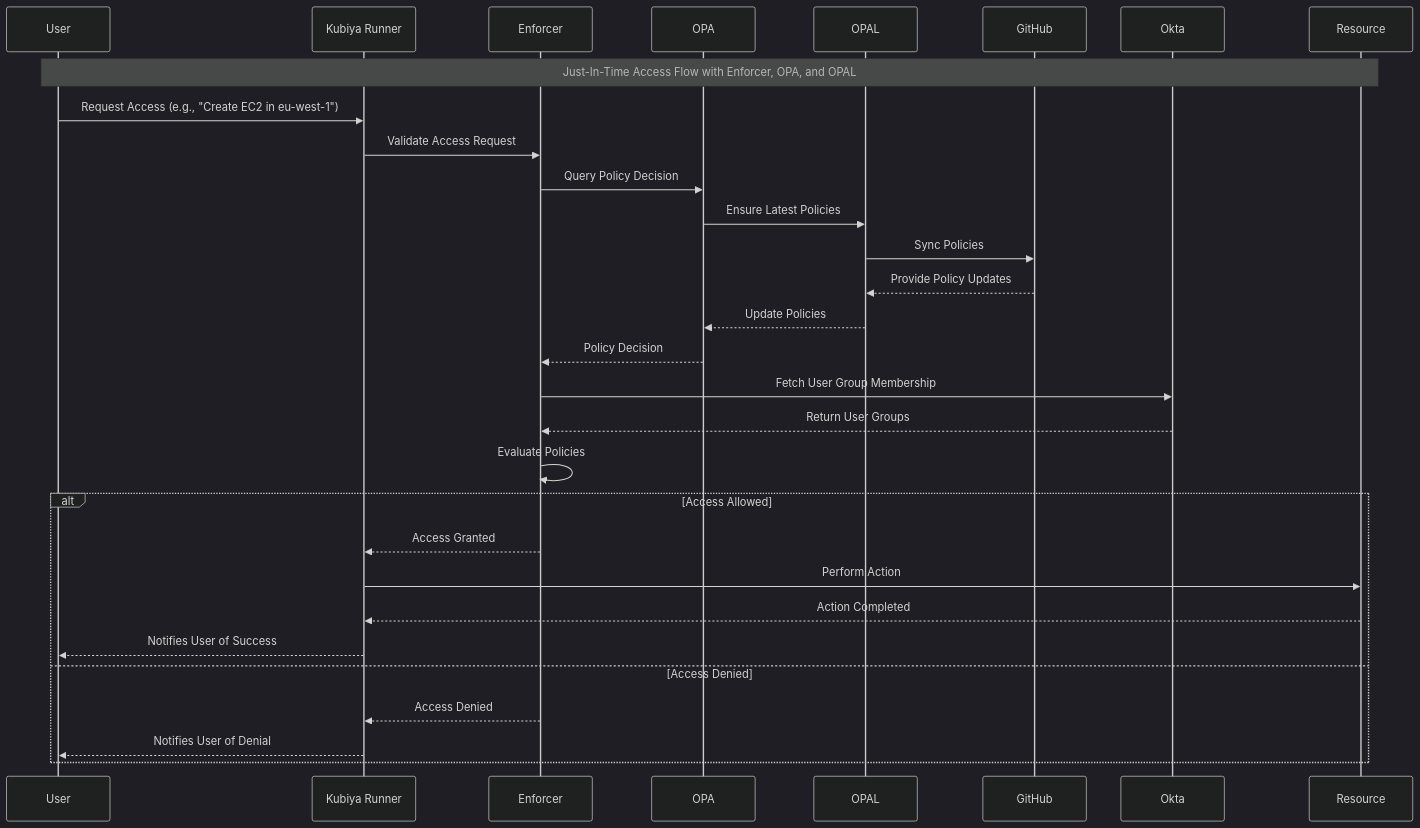
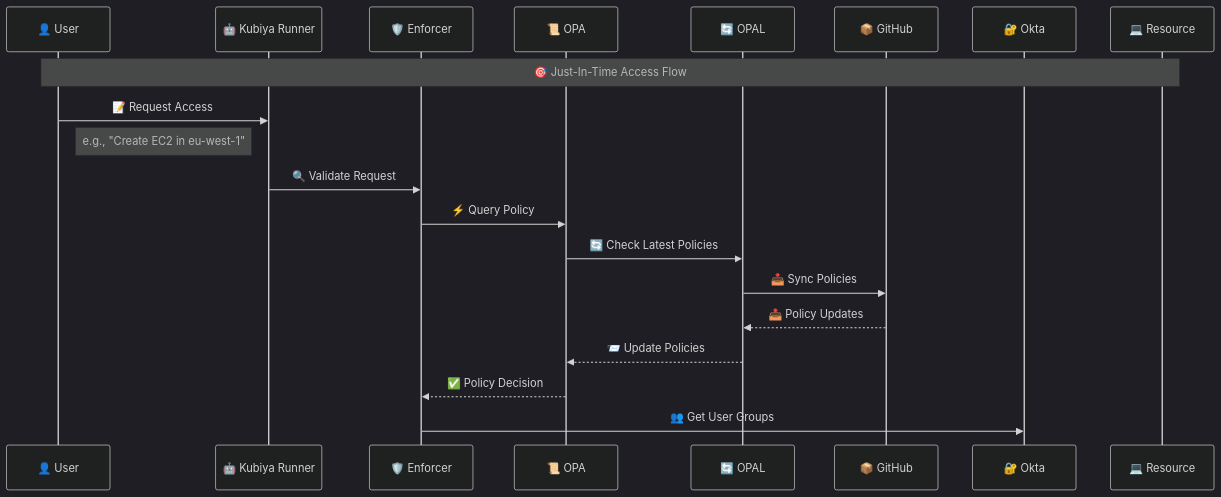
The diagram in just_in_time_access/docs/Kubiya_Enforcer_Deployment.md (kubiyabot/community-tools), drawn with Mermaid (dark theme) before and after one commit. The commit also changed other lines of this file, not shown here.

Commit message:
adjust readme

````diff
--- a/just_in_time_access/docs/Kubiya_Enforcer_Deployment.md
+++ b/just_in_time_access/docs/Kubiya_Enforcer_Deployment.md
@@ -13,34 +13,30 @@
 ```mermaid
 sequenceDiagram
-    participant User
-    participant KubiyaRunner as Kubiya Runner
-    participant Enforcer
-    participant OPA
-    participant OPAL
-    participant GitHub
-    participant Okta
-    participant Resource
+    participant User as 👤 User
+    participant KubiyaRunner as 🤖 Kubiya Runner
+    participant Enforcer as 🛡️ Enforcer
+    participant OPA as 📜 OPA
+    participant OPAL as 🔄 OPAL
+    participant GitHub as 📦 GitHub
+    participant Okta as 🔐 Okta
+    participant Resource as 💻 Resource
 
-    Note over User,Resource: Just-In-Time Access Flow with Enforcer, OPA, and OPAL
+    note over User,Resource: 🎯 Just-In-Time Access Flow
 
-    User->>KubiyaRunner: Request Access (e.g., "Create EC2 in eu-west-1")
-    KubiyaRunner->>Enforcer: Validate Access Request
-    Enforcer->>OPA: Query Policy Decision
-    OPA->>OPAL: Ensure Latest Policies
-    OPAL->>GitHub: Sync Policies
-    GitHub-->>OPAL: Provide Policy Updates
-    OPAL-->>OPA: Update Policies
-    OPA-->>Enforcer: Policy Decision
-    Enforcer->>Okta: Fetch User Group Membership
-    Okta-->>Enforcer: Return User Groups
-    Enforcer->>Enforcer: Evaluate Policies
-    alt Access Allowed
-        Enforcer-->>KubiyaRunner: Access Granted
-        KubiyaRunner->>Resource: Perform Action
-        Resource-->>KubiyaRunner: Action Completed
-        KubiyaRunner-->>User: Notifies User of Success
-    else Access Denied
-        Enforcer-->>KubiyaRunner: Access Denied
-        KubiyaRunner-->>User: Notifies User of Denial
-    end
+    User->>KubiyaRunner: 📝 Request Access
+    Note right of User: e.g., "Create EC2 in eu-west-1"
+    
+    KubiyaRunner->>Enforcer: 🔍 Validate Request
+    
+    Enforcer->>OPA: ⚡ Query Policy
+    
+    OPA->>OPAL: 🔄 Check Latest Policies
+    
+    OPAL->>GitHub: 📥 Sync Policies
+    GitHub-->>OPAL: 📤 Policy Updates
+    
+    OPAL-->>OPA: 📨 Update Policies
+    OPA-->>Enforcer: ✅ Policy Decision
+    
+    Enforcer->>Okta: 👥 Get User Groups
 ```
````
